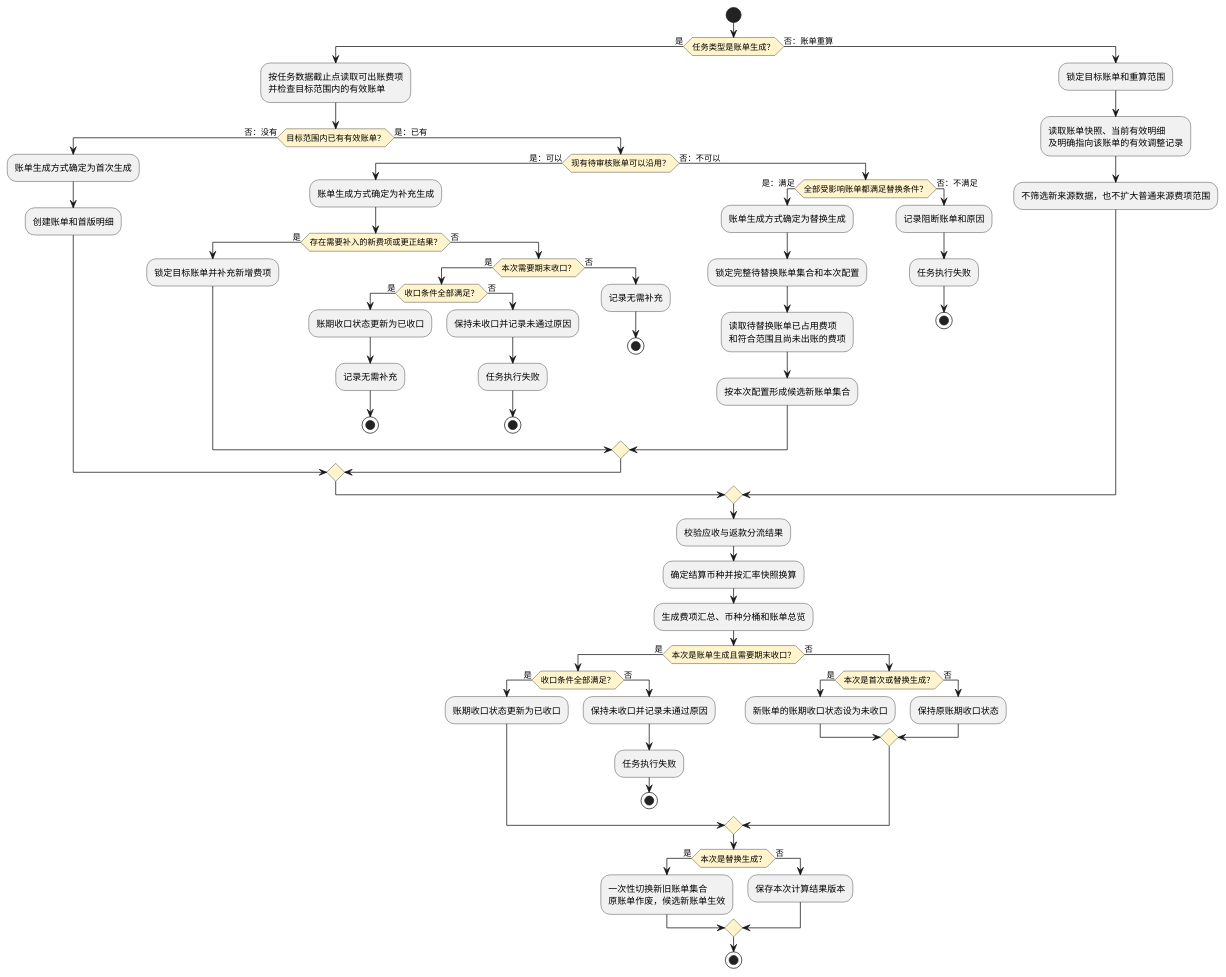
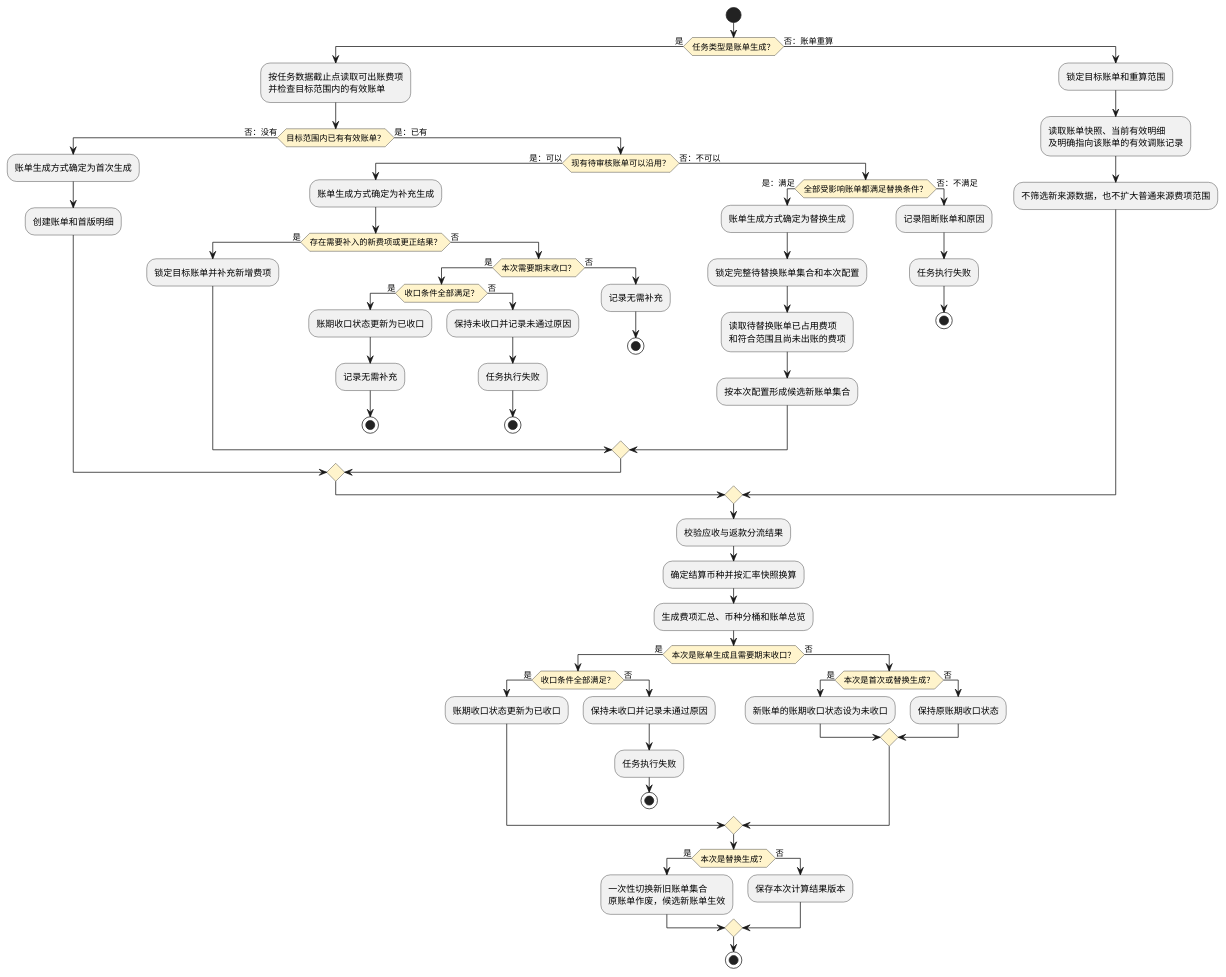
One commit to jack888332/projects-doc changed the diagram in product-caliber/bms/segmented-prd/账单系统/PRD.账单系统.第010篇.账单生成重算与变更分流.4CA3C606DB.md. Above: the diagram before and after it, drawn with PlantUML. The commit also changed other lines of this file and 9 other files, not shown here.

````diff
--- a/product-caliber/bms/segmented-prd/账单系统/PRD.账单系统.第010篇.账单生成重算与变更分流.4CA3C606DB.md
+++ b/product-caliber/bms/segmented-prd/账单系统/PRD.账单系统.第010篇.账单生成重算与变更分流.4CA3C606DB.md
@@ -41,76 +41,76 @@
 ```plantuml
 @startuml
 skinparam activityDiamondBackgroundColor #FFF4CC
 
 start
 if (任务类型是账单生成？) then (是)
   :按任务数据截止点读取可出账费项\n并检查目标范围内的有效账单;
   if (目标范围内已有有效账单？) then (否：没有)
     :账单生成方式确定为首次生成;
     :创建账单和首版明细;
   else (是：已有)
     if (现有待审核账单可以沿用？) then (是：可以)
       :账单生成方式确定为补充生成;
       if (存在需要补入的新费项或更正结果？) then (是)
         :锁定目标账单并补充新增费项;
       else (否)
         if (本次需要期末收口？) then (是)
           if (收口条件全部满足？) then (是)
             :账期收口状态更新为已收口;
             :记录无需补充;
             stop
           else (否)
             :保持未收口并记录未通过原因;
             :任务执行失败;
             stop
           endif
         else (否)
           :记录无需补充;
           stop
         endif
       endif
     else (否：不可以)
       if (全部受影响账单都满足替换条件？) then (是：满足)
         :账单生成方式确定为替换生成;
         :锁定完整待替换账单集合和本次配置;
         :读取待替换账单已占用费项\n和符合范围且尚未出账的费项;
         :按本次配置形成候选新账单集合;
       else (否：不满足)
         :记录阻断账单和原因;
         :任务执行失败;
         stop
       endif
     endif
   endif
 else (否：账单重算)
   :锁定目标账单和重算范围;
-  :读取账单快照、当前有效明细\n及明确指向该账单的有效调整记录;
+  :读取账单快照、当前有效明细\n及明确指向该账单的有效调账记录;
   :不筛选新来源数据，也不扩大普通来源费项范围;
 endif
 
 :校验应收与返款分流结果;
 :确定结算币种并按汇率快照换算;
 :生成费项汇总、币种分桶和账单总览;
 if (本次是账单生成且需要期末收口？) then (是)
   if (收口条件全部满足？) then (是)
     :账期收口状态更新为已收口;
   else (否)
     :保持未收口并记录未通过原因;
     :任务执行失败;
     stop
   endif
 else (否)
   if (本次是首次或替换生成？) then (是)
     :新账单的账期收口状态设为未收口;
   else (否)
     :保持原账期收口状态;
   endif
 endif
 if (本次是替换生成？) then (是)
   :一次性切换新旧账单集合\n原账单作废，候选新账单生效;
 else (否)
   :保存本次计算结果版本;
 endif
 stop
 @enduml
 ```
````
